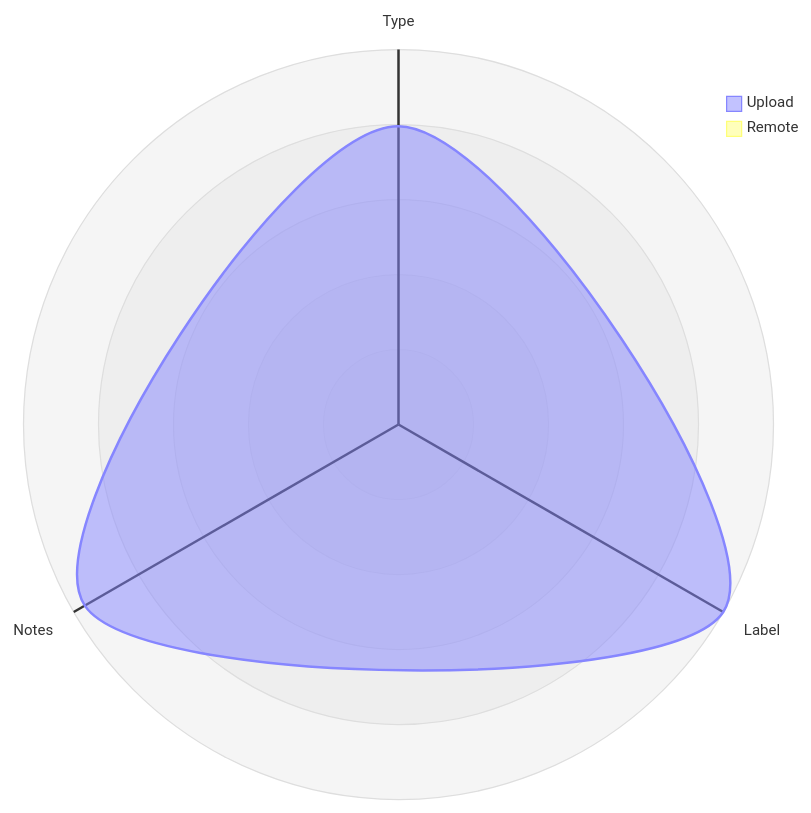
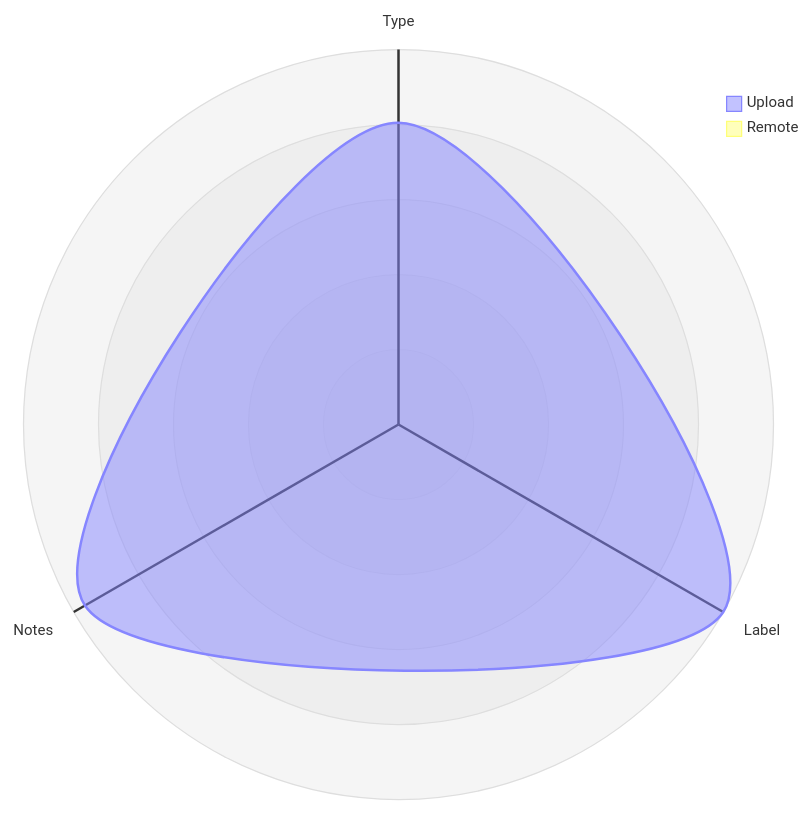
One commit to open-data/analytics-corporate-reporting changed the third of 5 diagrams in datastore_tracker/README.md. Above: the diagram before and after it, drawn with Mermaid. The commit also changed other lines of this file and 9 other files, not shown here.

````diff
--- a/datastore_tracker/README.md
+++ b/datastore_tracker/README.md
@@ -104,12 +104,12 @@
 ```mermaid
 radar-beta
   axis T["Type"], L["Label"], N["Notes"]
-  curve u["Upload"]{0.0007, 0.00088, 0.00085}
+  curve u["Upload"]{0.0007, 0.00087, 0.00084}
   curve r["Remote"]{0, 0, 0}
 
   showLegend true
 
   min 0
   graticule circle
   ticks 5
 ```
````
